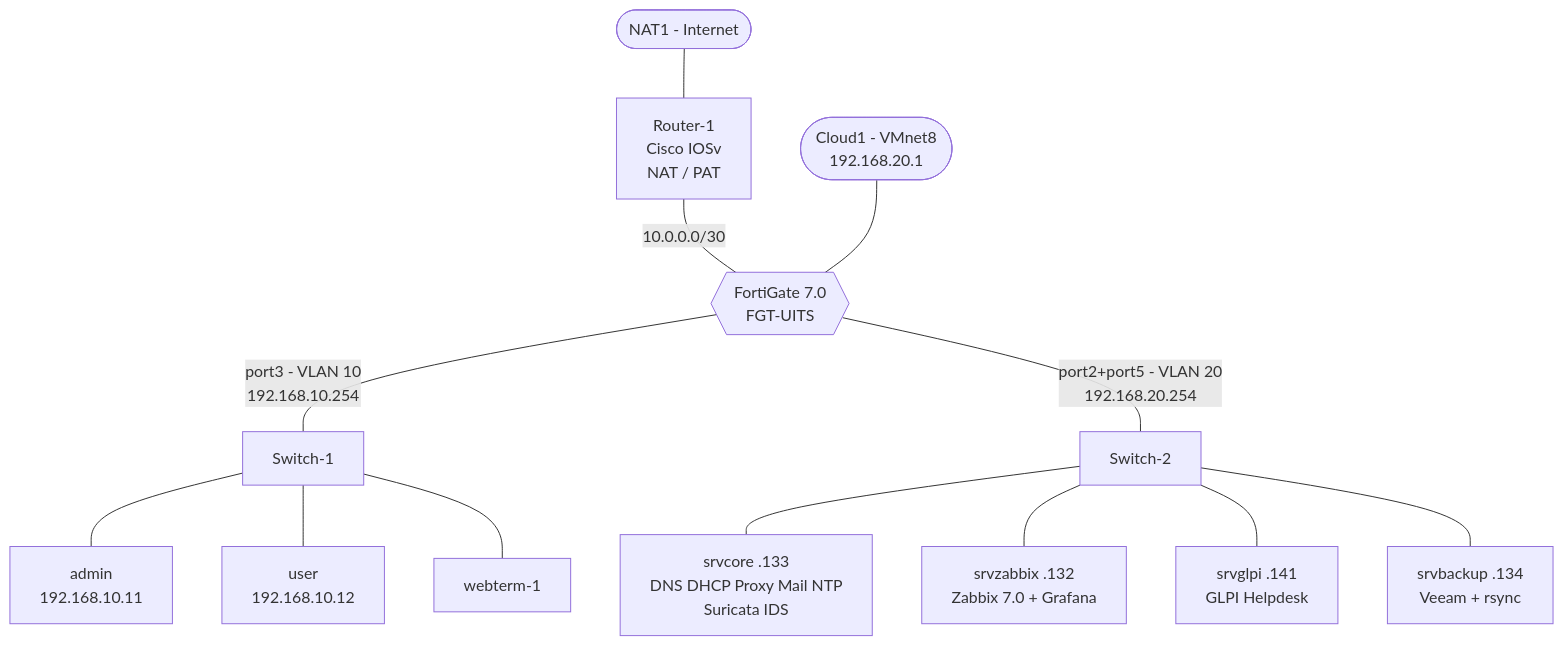
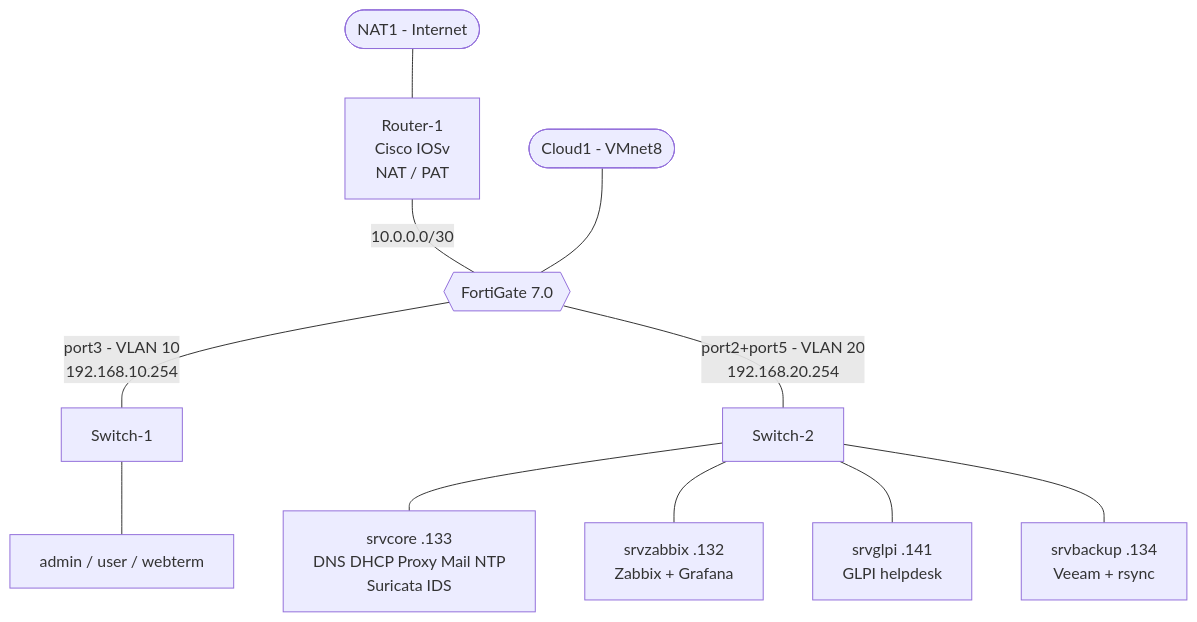
One commit to elmahdaouia241-lang/uits-lab-infra changed the diagram in README.md. Above: the diagram before and after it, drawn with Mermaid. The commit also changed other lines of this file and 9 other files, not shown here.

````diff
--- a/README.md
+++ b/README.md
@@ -11,15 +19,13 @@
 ```mermaid
 flowchart TB
     NAT1([NAT1 - Internet]) --- R1[Router-1<br/>Cisco IOSv<br/>NAT / PAT]
-    R1 ---|10.0.0.0/30| FG{{FortiGate 7.0<br/>FGT-UITS}}
+    R1 ---|10.0.0.0/30| FG{{FortiGate 7.0}}
     FG ---|port3 - VLAN 10<br/>192.168.10.254| SW1[Switch-1]
     FG ---|port2+port5 - VLAN 20<br/>192.168.20.254| SW2[Switch-2]
-    CLOUD([Cloud1 - VMnet8<br/>192.168.20.1]) --- FG
-    SW1 --- ADMIN[admin<br/>192.168.10.11]
-    SW1 --- USER[user<br/>192.168.10.12]
-    SW1 --- WEB[webterm-1]
+    CLOUD([Cloud1 - VMnet8]) --- FG
+    SW1 --- ADMIN[admin / user / webterm]
     SW2 --- CORE[srvcore .133<br/>DNS DHCP Proxy Mail NTP<br/>Suricata IDS]
-    SW2 --- ZBX[srvzabbix .132<br/>Zabbix 7.0 + Grafana]
-    SW2 --- GLPI[srvglpi .141<br/>GLPI Helpdesk]
+    SW2 --- ZBX[srvzabbix .132<br/>Zabbix + Grafana]
+    SW2 --- GLPI[srvglpi .141<br/>GLPI helpdesk]
     SW2 --- BCK[srvbackup .134<br/>Veeam + rsync]
 ```
````
